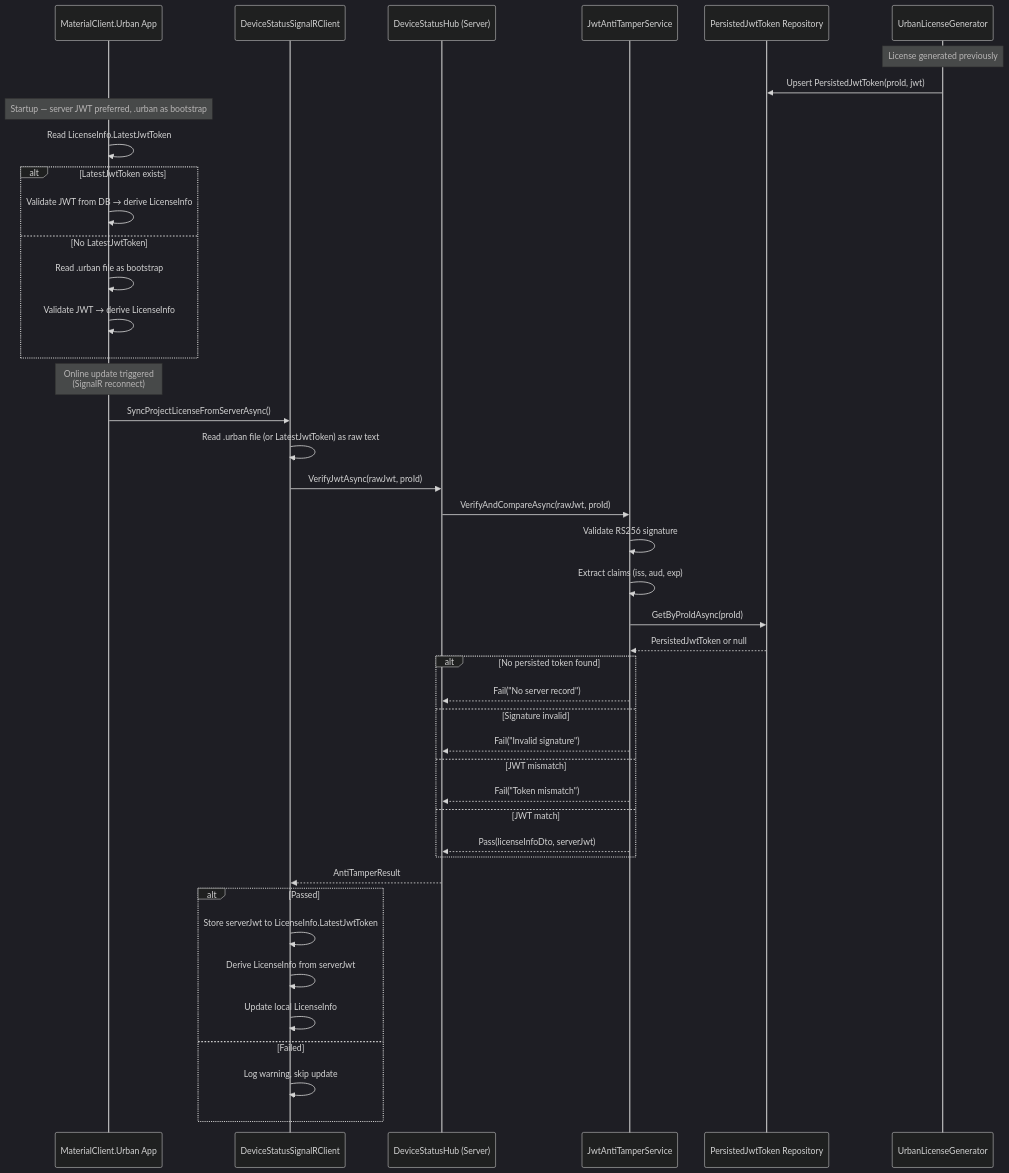
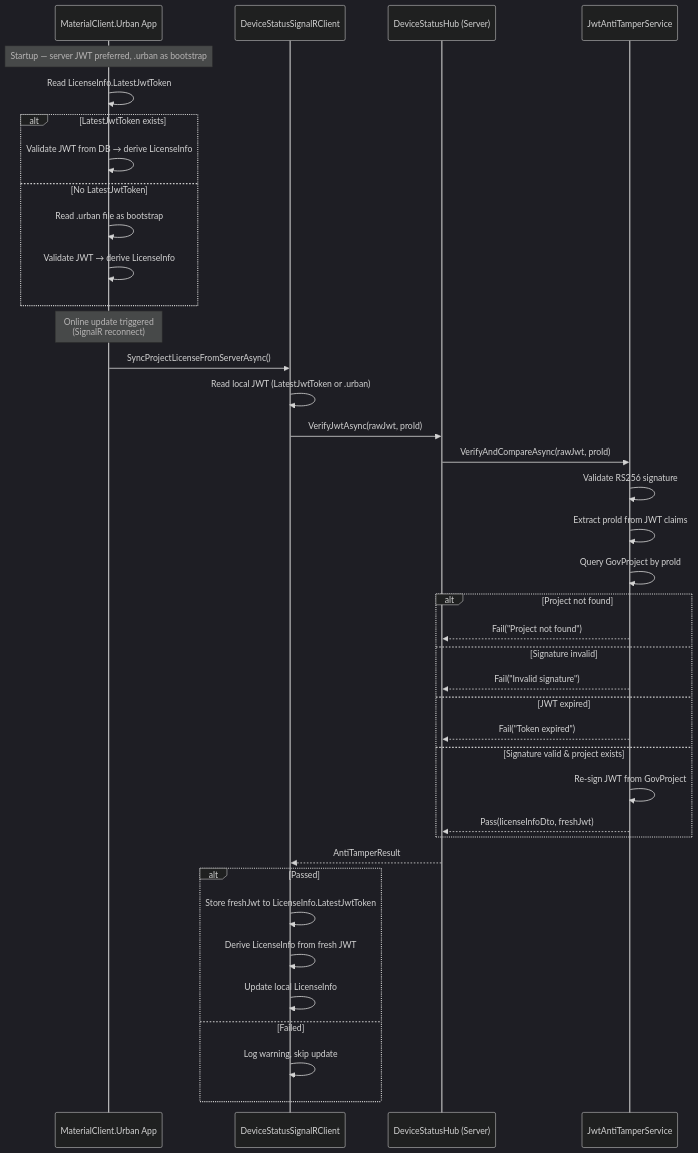
One commit to feewillowherb/MaterialMonospec changed the first of 2 diagrams in openspec/changes/urban-auth-jwt-anti-tamper-persistence/design.md. Above: the diagram before and after it, drawn with Mermaid (dark theme). The commit also changed other lines of this file and 5 other files, not shown here.

````diff
--- a/openspec/changes/urban-auth-jwt-anti-tamper-persistence/design.md
+++ b/openspec/changes/urban-auth-jwt-anti-tamper-persistence/design.md
@@ -134,51 +113,45 @@
 ```mermaid
 sequenceDiagram
     participant App as MaterialClient.Urban App
     participant SC as DeviceStatusSignalRClient
     participant Hub as DeviceStatusHub (Server)
     participant ATS as JwtAntiTamperService
-    participant Repo as PersistedJwtToken Repository
-    participant Gen as UrbanLicenseGenerator
-
-    Note over Gen: License generated previously
-    Gen->>Repo: Upsert PersistedJwtToken(proId, jwt)
 
     Note over App: Startup — server JWT preferred, .urban as bootstrap
     App->>App: Read LicenseInfo.LatestJwtToken
     alt LatestJwtToken exists
         App->>App: Validate JWT from DB → derive LicenseInfo
     else No LatestJwtToken
         App->>App: Read .urban file as bootstrap
         App->>App: Validate JWT → derive LicenseInfo
     end
 
     Note over App: Online update triggered<br/>(SignalR reconnect)
     App->>SC: SyncProjectLicenseFromServerAsync()
-    SC->>SC: Read .urban file (or LatestJwtToken) as raw text
+    SC->>SC: Read local JWT (LatestJwtToken or .urban)
     SC->>Hub: VerifyJwtAsync(rawJwt, proId)
     Hub->>ATS: VerifyAndCompareAsync(rawJwt, proId)
     ATS->>ATS: Validate RS256 signature
-    ATS->>ATS: Extract claims (iss, aud, exp)
-    ATS->>Repo: GetByProIdAsync(proId)
-    Repo-->>ATS: PersistedJwtToken or null
-
-    alt No persisted token found
-        ATS-->>Hub: Fail("No server record")
+    ATS->>ATS: Extract proId from JWT claims
+    ATS->>ATS: Query GovProject by proId
+    alt Project not found
+        ATS-->>Hub: Fail("Project not found")
     else Signature invalid
         ATS-->>Hub: Fail("Invalid signature")
-    else JWT mismatch
-        ATS-->>Hub: Fail("Token mismatch")
-    else JWT match
-        ATS-->>Hub: Pass(licenseInfoDto, serverJwt)
+    else JWT expired
+        ATS-->>Hub: Fail("Token expired")
+    else Signature valid & project exists
+        ATS->>ATS: Re-sign JWT from GovProject
+        ATS-->>Hub: Pass(licenseInfoDto, freshJwt)
     end
 
     Hub-->>SC: AntiTamperResult
 
     alt Passed
-        SC->>SC: Store serverJwt to LicenseInfo.LatestJwtToken
-        SC->>SC: Derive LicenseInfo from serverJwt
+        SC->>SC: Store freshJwt to LicenseInfo.LatestJwtToken
+        SC->>SC: Derive LicenseInfo from fresh JWT
         SC->>SC: Update local LicenseInfo
     else Failed
         SC->>SC: Log warning, skip update
     end
 ```
````
